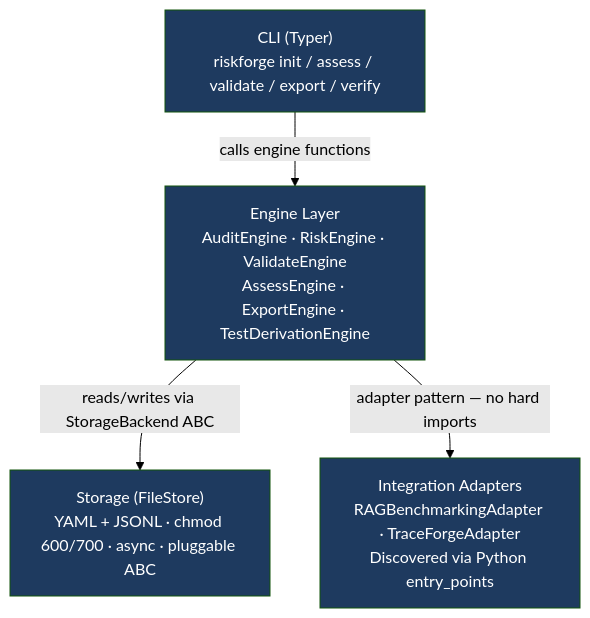
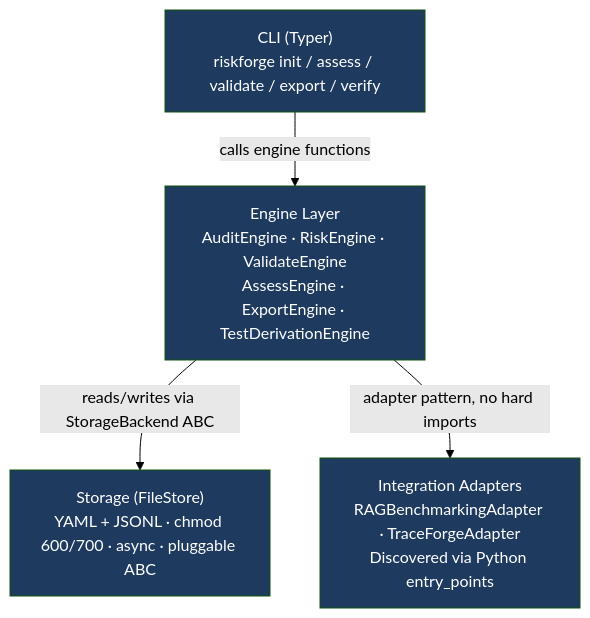
One commit to aiexponenthq/riskforge changed the first of 3 diagrams in README.md. Above: the diagram before and after it, drawn with Mermaid (forest theme). The commit also changed other lines of this file and 1 other file, not shown here.

````diff
--- a/README.md
+++ b/README.md
@@ -85,16 +104,16 @@
 ```mermaid
 graph TD
     CLI["CLI (Typer)<br/>riskforge init / assess / validate / export / verify"]
     Engine["Engine Layer<br/>AuditEngine · RiskEngine · ValidateEngine<br/>AssessEngine · ExportEngine · TestDerivationEngine"]
     Storage["Storage (FileStore)<br/>YAML + JSONL · chmod 600/700 · async · pluggable ABC"]
     Adapters["Integration Adapters<br/>RAGBenchmarkingAdapter · TraceForgeAdapter<br/>Discovered via Python entry_points"]
 
     CLI -->|"calls engine functions"| Engine
     Engine -->|"reads/writes via StorageBackend ABC"| Storage
-    Engine -->|"adapter pattern — no hard imports"| Adapters
+    Engine -->|"adapter pattern, no hard imports"| Adapters
 
     style CLI fill:#1e3a5f,color:#fff
     style Engine fill:#1e3a5f,color:#fff
     style Storage fill:#1e3a5f,color:#fff
     style Adapters fill:#1e3a5f,color:#fff
 ```
````
